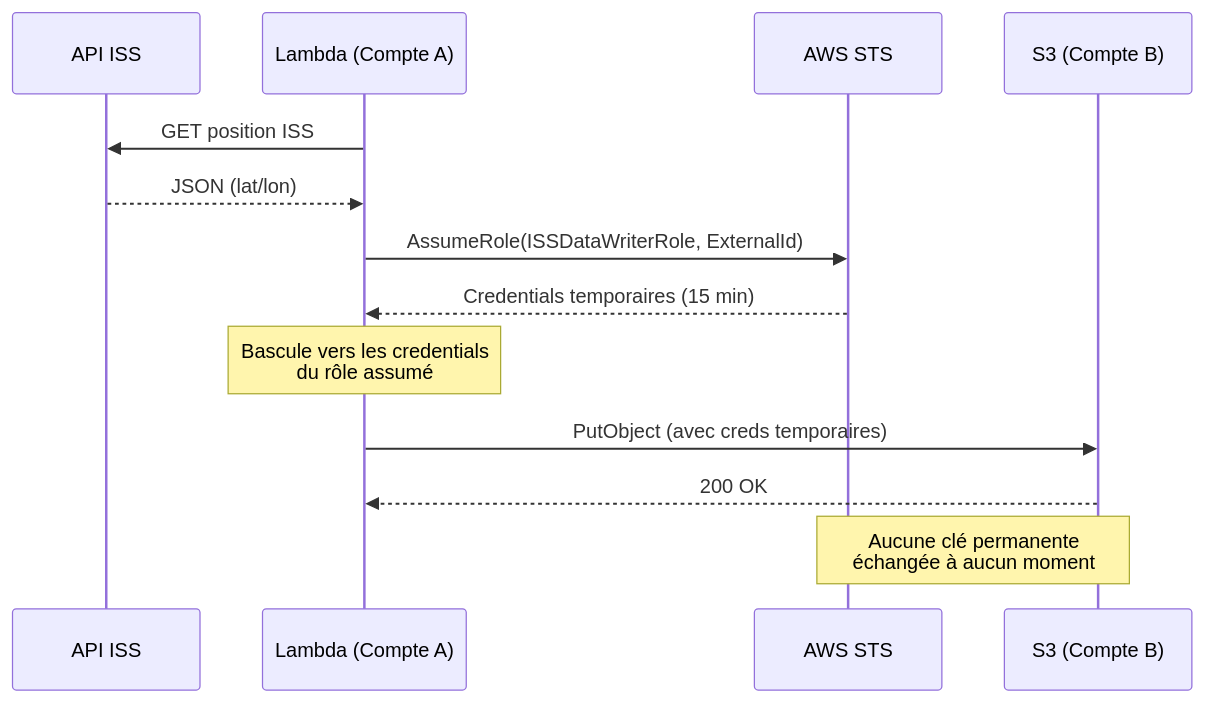
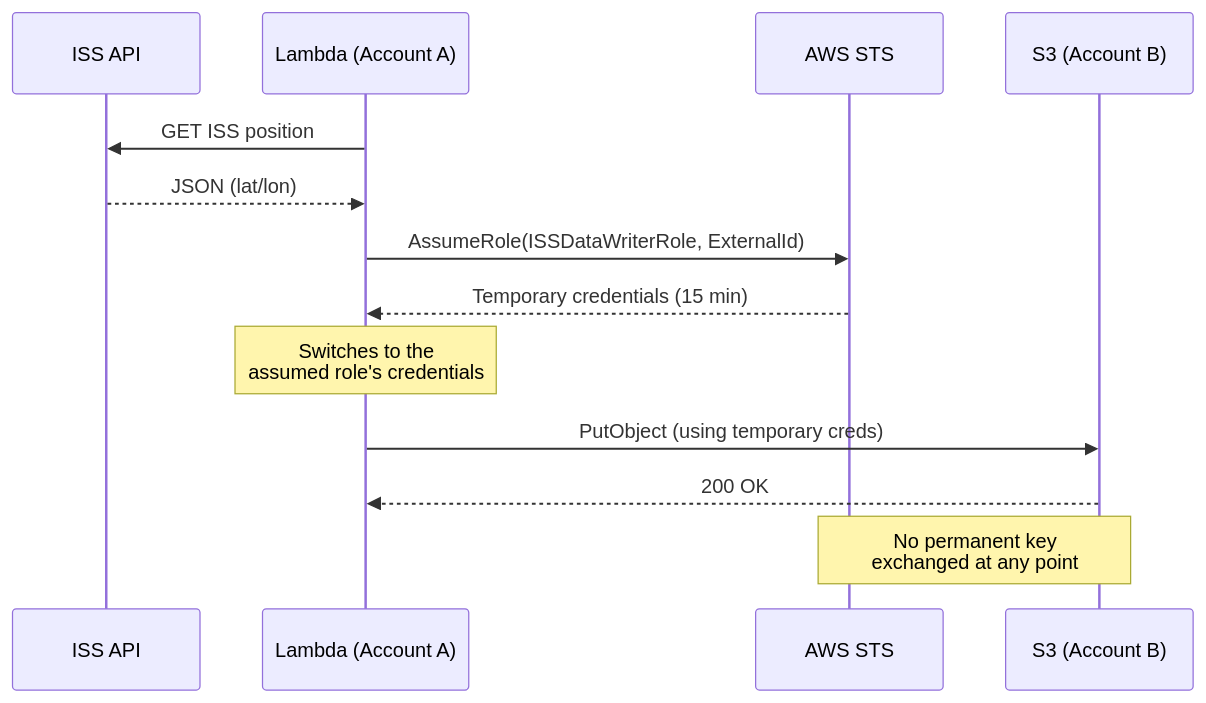
Before and after one commit to antoinehusserr/aws-cross-account-sts-pipeline: the second of 2 diagrams in README.md, drawn with Mermaid. The commit also changed other lines of this file, not shown here.

````diff
--- a/README.md
+++ b/README.md
@@ -51,16 +51,16 @@
 ```mermaid
 sequenceDiagram
-    participant API as API ISS
-    participant L as Lambda (Compte A)
+    participant API as ISS API
+    participant L as Lambda (Account A)
     participant STS as AWS STS
-    participant S3 as S3 (Compte B)
+    participant S3 as S3 (Account B)
 
-    L->>API: GET position ISS
+    L->>API: GET ISS position
     API-->>L: JSON (lat/lon)
     L->>STS: AssumeRole(ISSDataWriterRole, ExternalId)
-    STS-->>L: Credentials temporaires (15 min)
-    Note over L: Bascule vers les credentials<br/>du rôle assumé
-    L->>S3: PutObject (avec creds temporaires)
+    STS-->>L: Temporary credentials (15 min)
+    Note over L: Switches to the<br/>assumed role's credentials
+    L->>S3: PutObject (using temporary creds)
     S3-->>L: 200 OK
-    Note over STS,S3: Aucune clé permanente<br/>échangée à aucun moment
+    Note over STS,S3: No permanent key<br/>exchanged at any point
 ```
````
